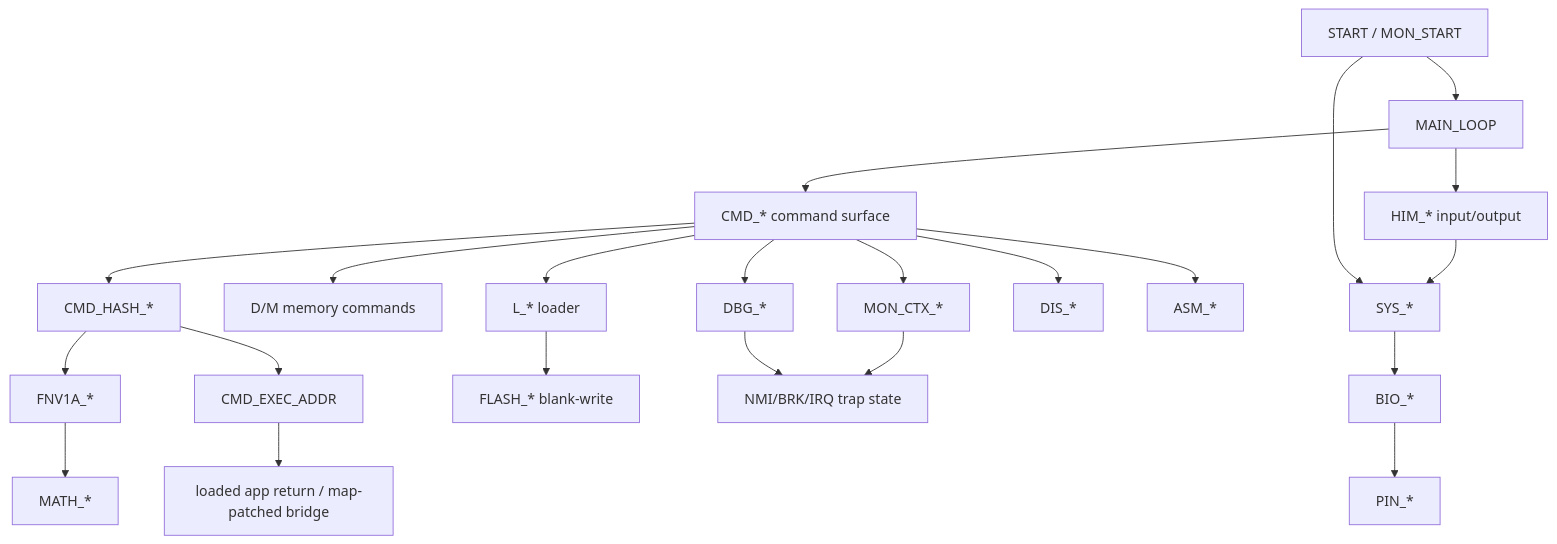
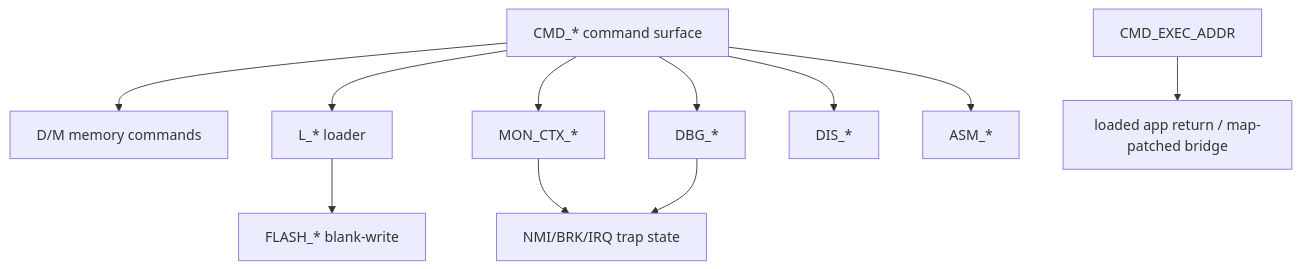
The second of 3 diagrams in DOC/GUIDES/HIMON/HIMON_STAGES_CLASSES.md (95westus/R-YORS), drawn with Mermaid before and after one commit. The commit also changed other lines of this file and 59 other files, not shown here.

````diff
--- a/DOC/GUIDES/HIMON/HIMON_STAGES_CLASSES.md
+++ b/DOC/GUIDES/HIMON/HIMON_STAGES_CLASSES.md
@@ -448,27 +463,13 @@
 ```mermaid
 flowchart TD
-    BOOT["START / MON_START"] --> LOOP["MAIN_LOOP"]
-    LOOP --> HIM["HIM_* input/output"]
-    LOOP --> CMD["CMD_* command surface"]
-    CMD --> HASH["CMD_HASH_*"]
-    HASH --> FNV["FNV1A_*"]
-    FNV --> MATH["MATH_*"]
-    HASH --> EXEC["CMD_EXEC_ADDR"]
-
-    CMD --> MEMCMD["D/M memory commands"]
+    CMD["CMD_* command surface"] --> MEMCMD["D/M memory commands"]
     CMD --> LOAD["L_* loader"]
     CMD --> CTX["MON_CTX_*"]
     CMD --> DBG["DBG_*"]
     CMD --> DIS["DIS_*"]
     CMD --> ASM["ASM_*"]
-
     LOAD --> FLASH["FLASH_* blank-write"]
     CTX --> TRAP["NMI/BRK/IRQ trap state"]
     DBG --> TRAP
-    EXEC --> APPRET["loaded app return / map-patched bridge"]
-
-    SYS["SYS_*"] --> BIO["BIO_*"]
-    BIO --> PIN["PIN_*"]
-    HIM --> SYS
-    BOOT --> SYS
+    EXEC["CMD_EXEC_ADDR"] --> APPRET["loaded app return / map-patched bridge"]
 ```
````
